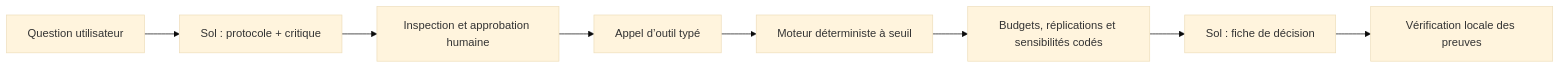
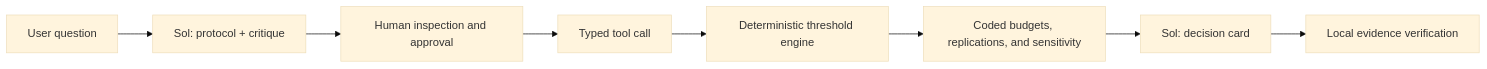
Before and after one commit to PaulBufort/NormLab: the diagram in README.md, drawn with Mermaid (base theme). The commit also changed other lines of this file and 11 other files, not shown here.

````diff
--- a/README.md
+++ b/README.md
@@ -13,10 +13,10 @@
 ```mermaid
 flowchart LR
-    U["Question utilisateur"] --> S["Sol : protocole + critique"]
-    S --> H["Inspection et approbation humaine"]
-    H --> T["Appel d’outil typé"]
-    T --> E["Moteur déterministe à seuil"]
-    E --> G["Budgets, réplications et sensibilités codés"]
-    G --> C["Sol : fiche de décision"]
-    C --> V["Vérification locale des preuves"]
+    U["User question"] --> S["Sol: protocol + critique"]
+    S --> H["Human inspection and approval"]
+    H --> T["Typed tool call"]
+    T --> E["Deterministic threshold engine"]
+    E --> G["Coded budgets, replications, and sensitivity"]
+    G --> C["Sol: decision card"]
+    C --> V["Local evidence verification"]
 ```
````
